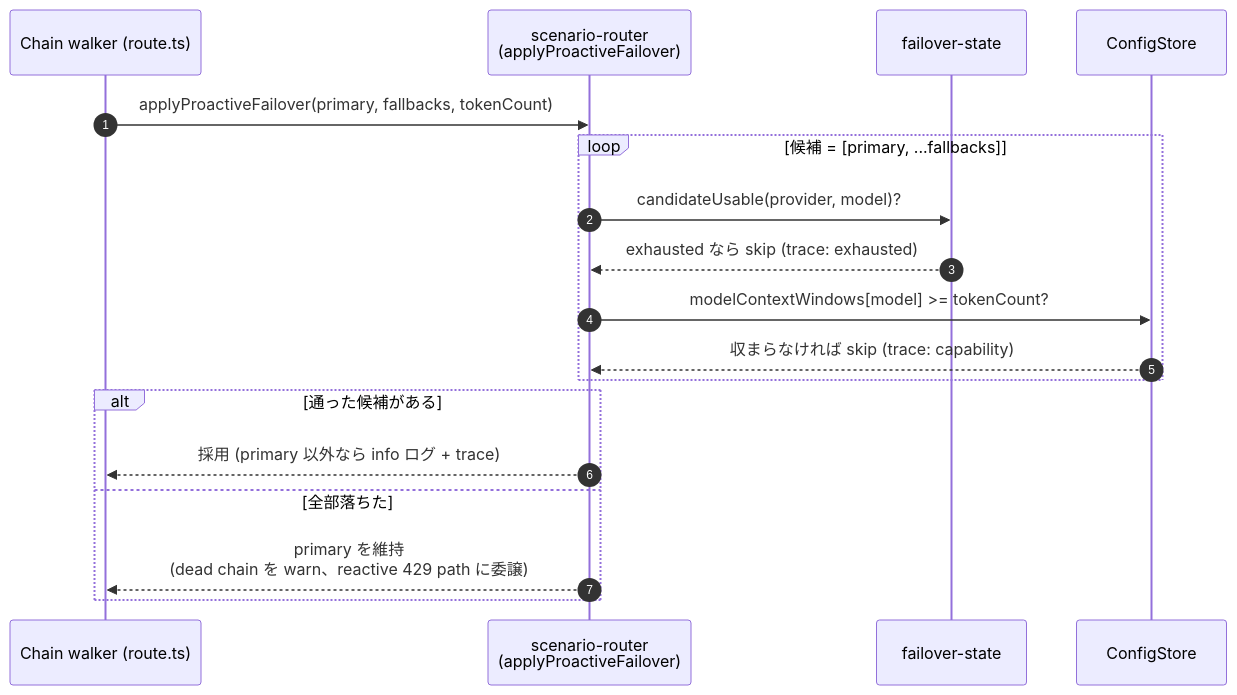
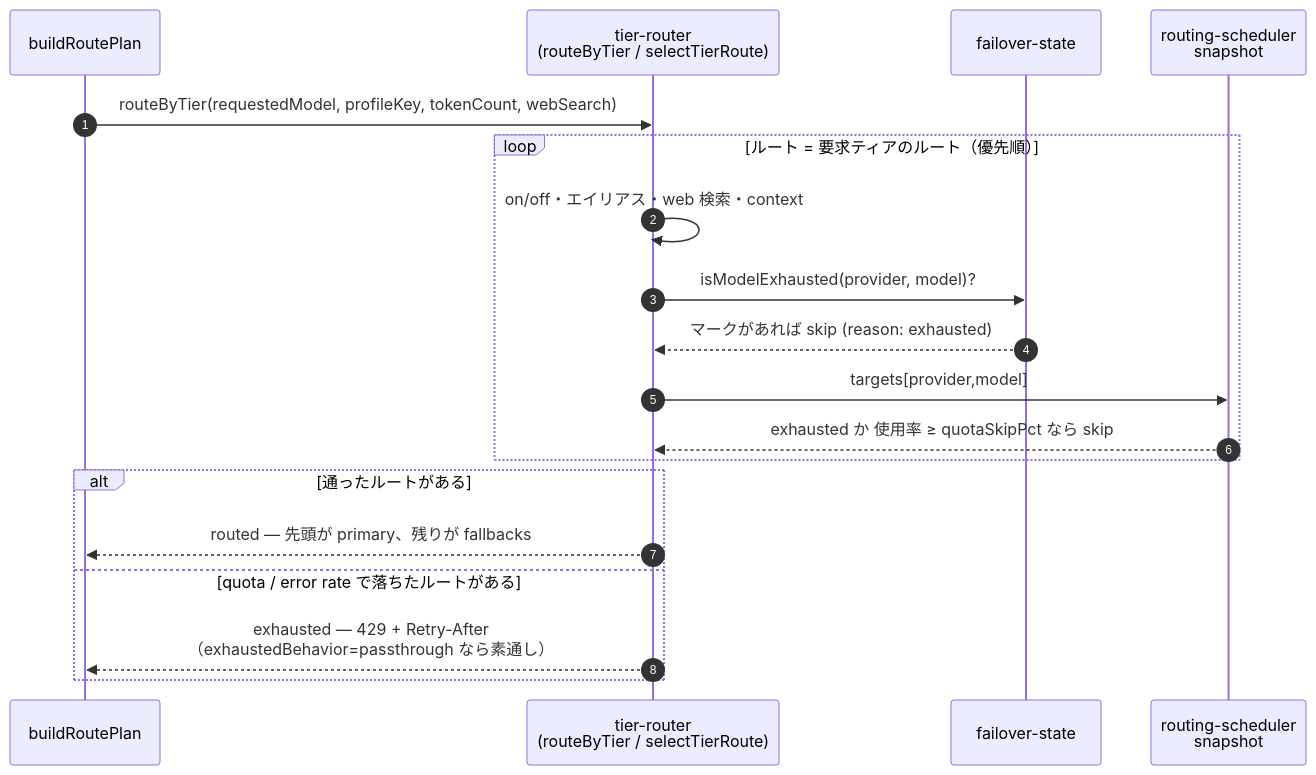
Before and after one commit to tkgstrator/rialto: the eighth of 12 diagrams in docs/architecture/pipeline-overview.md, drawn with Mermaid. The commit also changed other lines of this file and 21 other files, not shown here.

````diff
--- a/docs/architecture/pipeline-overview.md
+++ b/docs/architecture/pipeline-overview.md
@@ -365,21 +376,22 @@
 ```mermaid
 sequenceDiagram
   autonumber
-  participant W as Chain walker (route.ts)
-  participant SR as scenario-router<br/>(applyProactiveFailover)
+  participant RP as buildRoutePlan
+  participant TR as tier-router<br/>(routeByTier / selectTierRoute)
   participant FS as failover-state
-  participant CFG as ConfigStore
+  participant SN as routing-scheduler<br/>snapshot
 
-  W->>SR: applyProactiveFailover(primary, fallbacks, tokenCount)
-  loop 候補 = [primary, ...fallbacks]
-    SR->>FS: candidateUsable(provider, model)?
-    FS-->>SR: exhausted なら skip (trace: exhausted)
-    SR->>CFG: modelContextWindows[model] >= tokenCount?
-    CFG-->>SR: 収まらなければ skip (trace: capability)
+  RP->>TR: routeByTier(requestedModel, profileKey, tokenCount, webSearch)
+  loop ルート = 要求ティアのルート（優先順）
+    TR->>TR: on/off・エイリアス・web 検索・context
+    TR->>FS: isModelExhausted(provider, model)?
+    FS-->>TR: マークがあれば skip (reason: exhausted)
+    TR->>SN: targets[provider,model]
+    SN-->>TR: exhausted か 使用率 ≥ quotaSkipPct なら skip
   end
-  alt 通った候補がある
-    SR-->>W: 採用 (primary 以外なら info ログ + trace)
-  else 全部落ちた
-    SR-->>W: primary を維持<br/>(dead chain を warn、reactive 429 path に委譲)
+  alt 通ったルートがある
+    TR-->>RP: routed — 先頭が primary、残りが fallbacks
+  else quota / error rate で落ちたルートがある
+    TR-->>RP: exhausted — 429 + Retry-After<br/>（exhaustedBehavior=passthrough なら素通し）
   end
 ```
````
